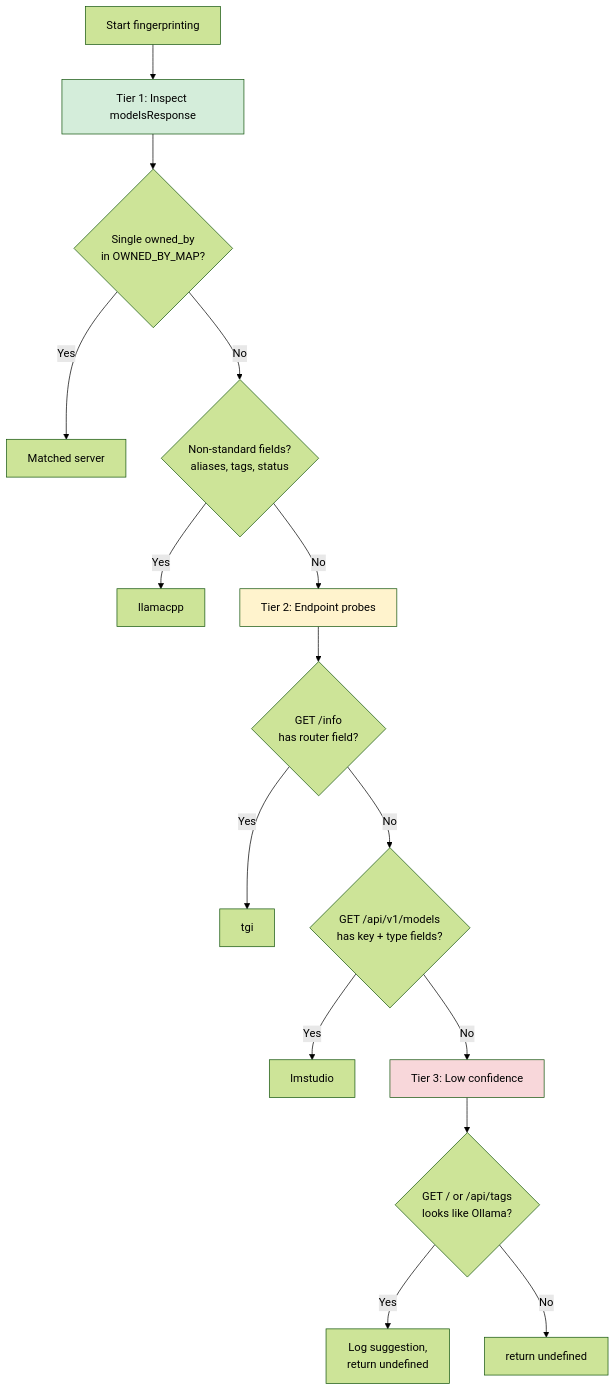
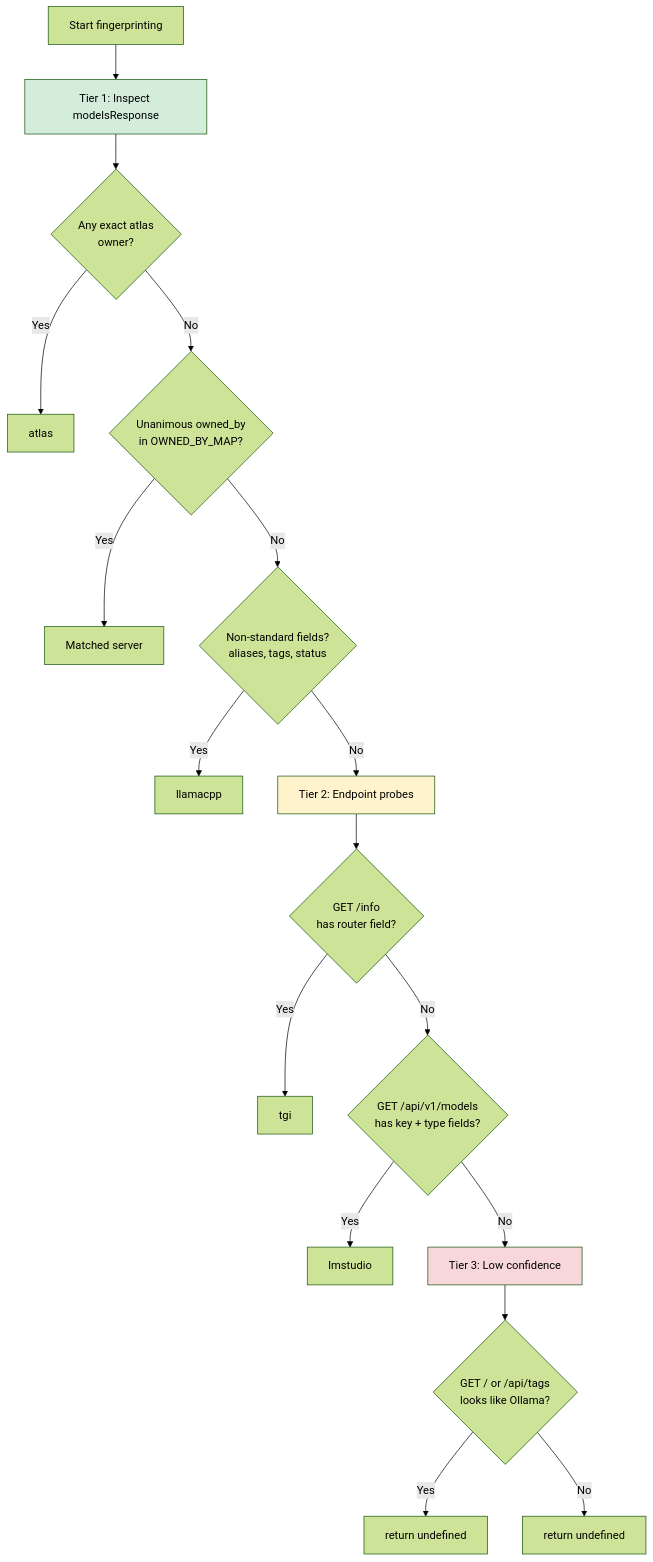
Before and after one commit to actualyze-ai/opencode-actualyze: the fourth of 5 diagrams in CONTRIBUTING.md, drawn with Mermaid (forest theme). The commit also changed other lines of this file and 12 other files, not shown here.

````diff
--- a/CONTRIBUTING.md
+++ b/CONTRIBUTING.md
@@ -192,21 +193,23 @@
 ```mermaid
 flowchart TD
     A["Start fingerprinting"] --> B["Tier 1: Inspect modelsResponse"]
-    B --> B1{"Single owned_by<br/>in OWNED_BY_MAP?"}
+    B --> BA{"Any exact atlas<br/>owner?"}
+    BA -->|Yes| RA["atlas"]
+    BA -->|No| B1{"Unanimous owned_by<br/>in OWNED_BY_MAP?"}
     B1 -->|Yes| R2["Matched server"]
     B1 -->|No| B2{"Non-standard fields?<br/>aliases, tags, status"}
     B2 -->|Yes| R1["llamacpp"]
     B2 -->|No| C["Tier 2: Endpoint probes"]
     C --> C1{"GET /info<br/>has router field?"}
     C1 -->|Yes| R3["tgi"]
     C1 -->|No| C2{"GET /api/v1/models<br/>has key + type fields?"}
     C2 -->|Yes| R4["lmstudio"]
     C2 -->|No| D["Tier 3: Low confidence"]
     D --> D1{"GET / or /api/tags<br/>looks like Ollama?"}
-    D1 -->|Yes| R5["Log suggestion,<br/>return undefined"]
+    D1 -->|Yes| R5["return undefined"]
     D1 -->|No| R6["return undefined"]
 
     style B fill:#d4edda
     style C fill:#fff3cd
     style D fill:#f8d7da
 ```
````
